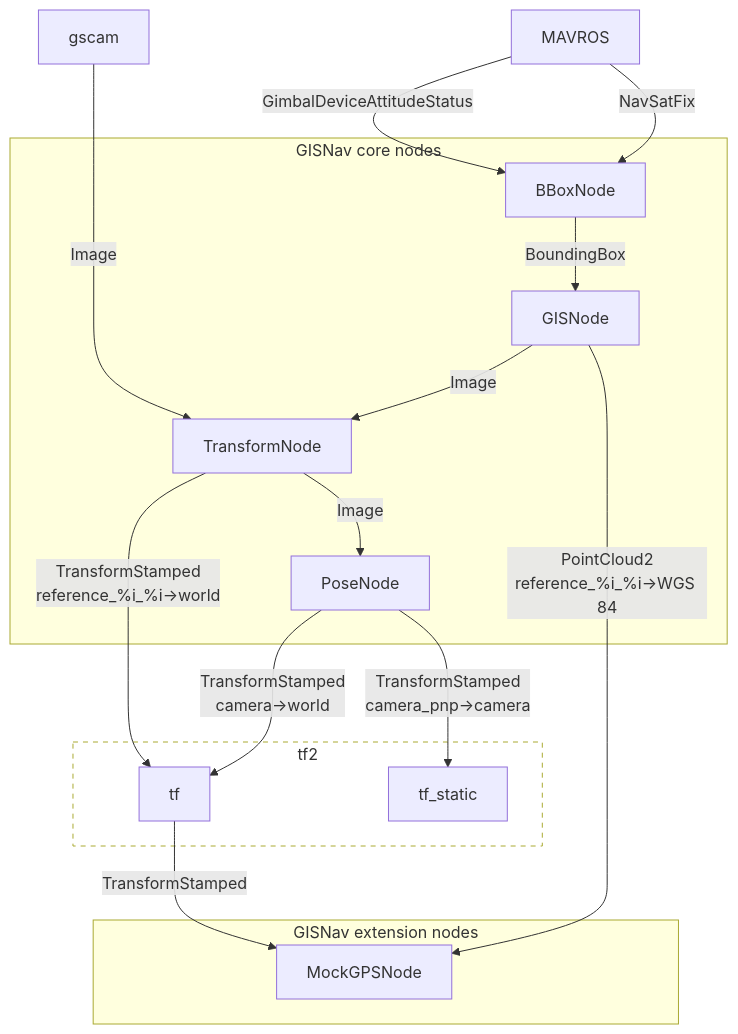
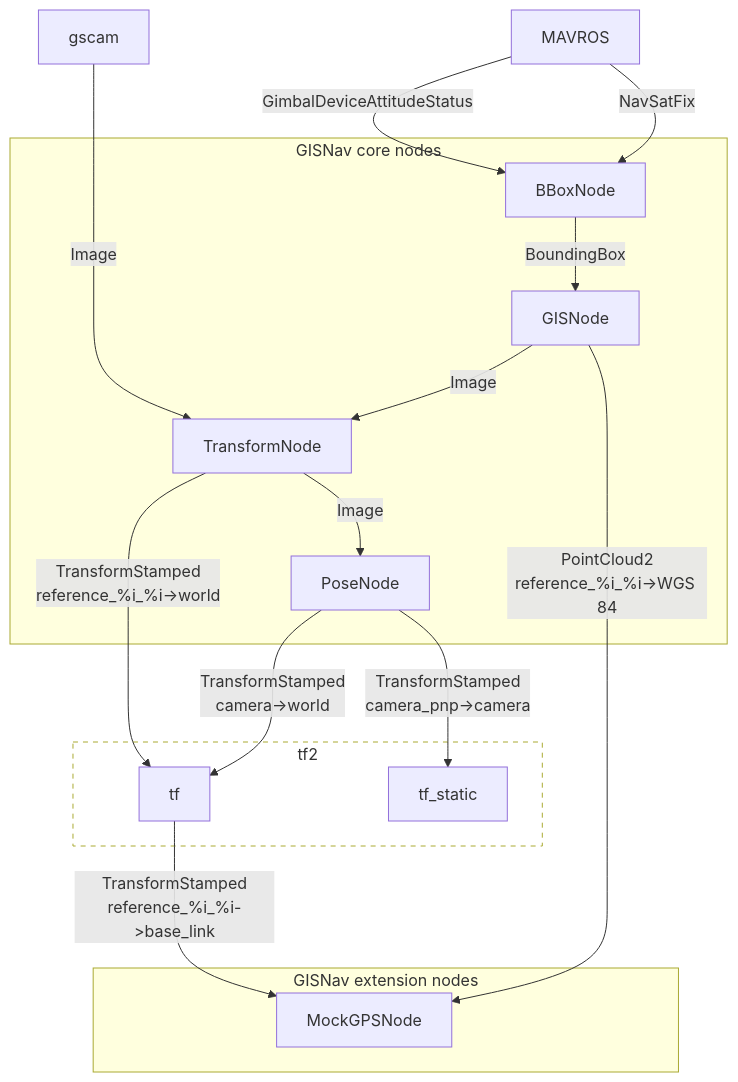
One commit to hmakelin/gisnav changed the first of 2 diagrams in docs/pages/developer_guide/integration/ros_messaging.rst. Above: the diagram before and after it, drawn with Mermaid.

Commit message:
Add missing transform frame information to nodes topography diagram

```diff
--- a/docs/pages/developer_guide/integration/ros_messaging.rst
+++ b/docs/pages/developer_guide/integration/ros_messaging.rst
@@ -13,33 +13,33 @@
 .. mermaid::
     :caption: Nodes and published topics
 
     graph TB
         MAVROS -->|"NavSatFix"| BBoxNode
         MAVROS -->|"GimbalDeviceAttitudeStatus"| BBoxNode
 
         subgraph core["GISNav core nodes"]
             BBoxNode -->|"BoundingBox"| GISNode
             GISNode -->|"Image"| TransformNode
             TransformNode -->|"Image"| PoseNode
         end
 
         subgraph tf2
             tf["tf"]
             tf_static["tf_static"]
         end
 
         subgraph extension["GISNav extension nodes"]
             MockGPSNode["MockGPSNode"]
         end
 
         gscam ---->|"Image"| TransformNode
 
         GISNode -->|"PointCloud2\nreference_%i_%i->WGS 84"| MockGPSNode
-        tf -->|"TransformStamped"| MockGPSNode
+        tf -->|"TransformStamped\nreference_%i_%i->base_link"| MockGPSNode
 
         PoseNode -->|"TransformStamped\ncamera->world"| tf
         PoseNode -->|"TransformStamped\ncamera_pnp->camera"| tf_static
         TransformNode -->|"TransformStamped\nreference_%i_%i->world"| tf
 
         classDef tfClass fill:transparent,stroke-dasharray:5 5;
         class tf2 tfClass
```
